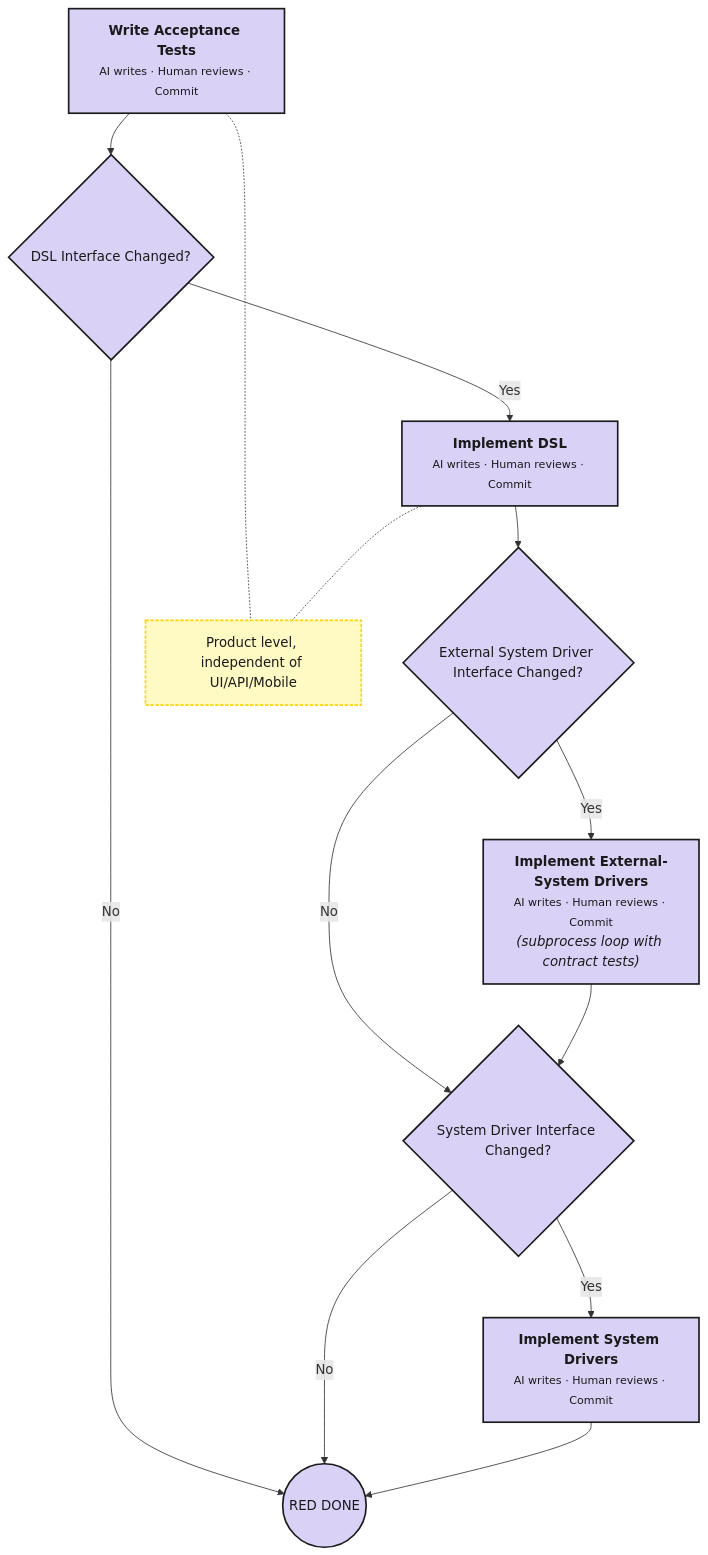
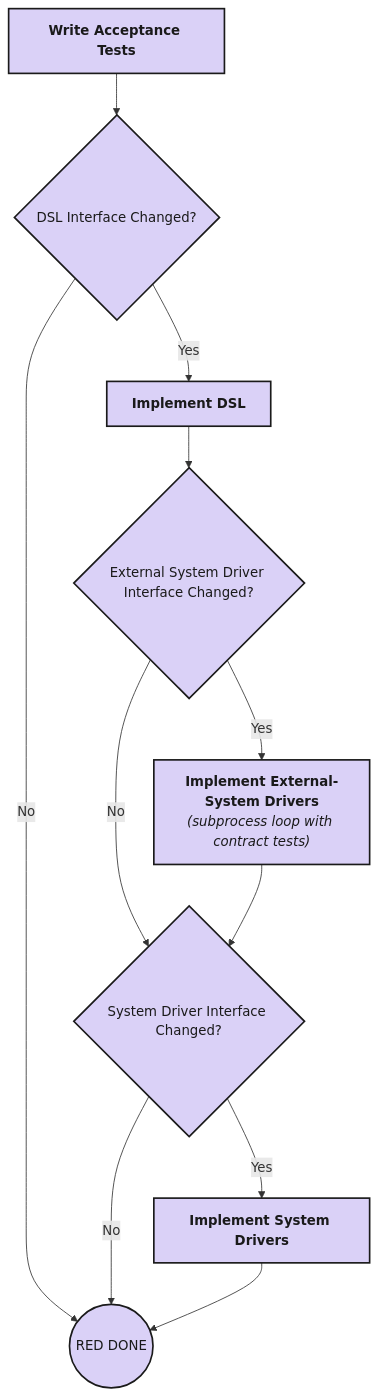
One commit to optivem/gh-optivem changed the first of 3 diagrams in README.md. Above: the diagram before and after it, drawn with Mermaid. The commit also changed other lines of this file, not shown here.

Commit message:
docs: simplify ATDD diagram labels in README, move repeated notes to prose

````diff
--- a/README.md
+++ b/README.md
@@ -70,30 +72,25 @@
 ```mermaid
 flowchart TD
-    A["<b>Write Acceptance Tests</b><br/><small>AI writes · Human reviews · Commit</small>"]
+    A["<b>Write Acceptance Tests</b>"]
     B{"DSL Interface Changed?"}
-    C["<b>Implement DSL</b><br/><small>AI writes · Human reviews · Commit</small>"]
+    C["<b>Implement DSL</b>"]
     D{"External System Driver Interface Changed?"}
-    E["<b>Implement External-System Drivers</b><br/><small>AI writes · Human reviews · Commit</small><br/><i>(subprocess loop with contract tests)</i>"]
+    E["<b>Implement External-System Drivers</b><br/><i>(subprocess loop with contract tests)</i>"]
     F{"System Driver Interface Changed?"}
-    G["<b>Implement System Drivers</b><br/><small>AI writes · Human reviews · Commit</small>"]
+    G["<b>Implement System Drivers</b>"]
     Z(("RED DONE"))
-    NOTE["Product level, independent of UI/API/Mobile"]
 
     A --> B
     B -->|Yes| C
     B -->|No| Z
     C --> D
     D -->|Yes| E
     D -->|No| F
     E --> F
     F -->|Yes| G
     F -->|No| Z
     G --> Z
-    A -.- NOTE
-    C -.- NOTE
 
     classDef step fill:#DAD1F7,stroke:#1a1a1a,stroke-width:2px,color:#1a1a1a
-    classDef note fill:#FFF9C4,stroke:#FFD400,stroke-width:2px,color:#1a1a1a,stroke-dasharray:4 2
     class A,B,C,D,E,F,G,Z step
-    class NOTE note
 ```
````
